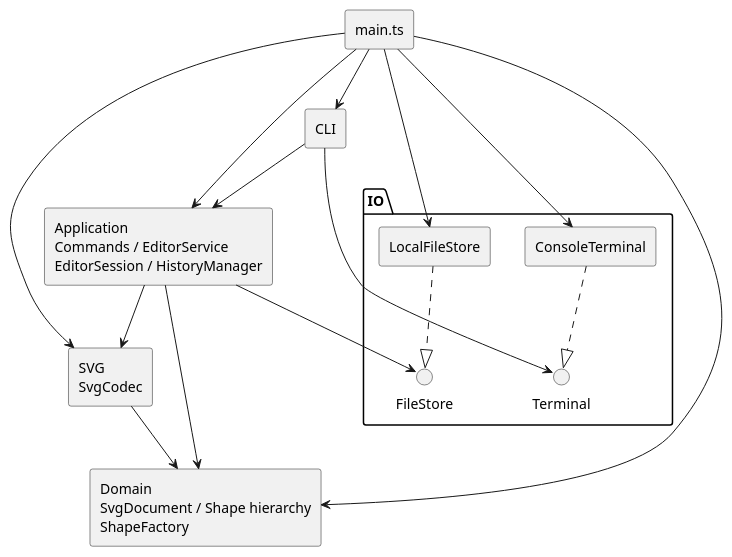
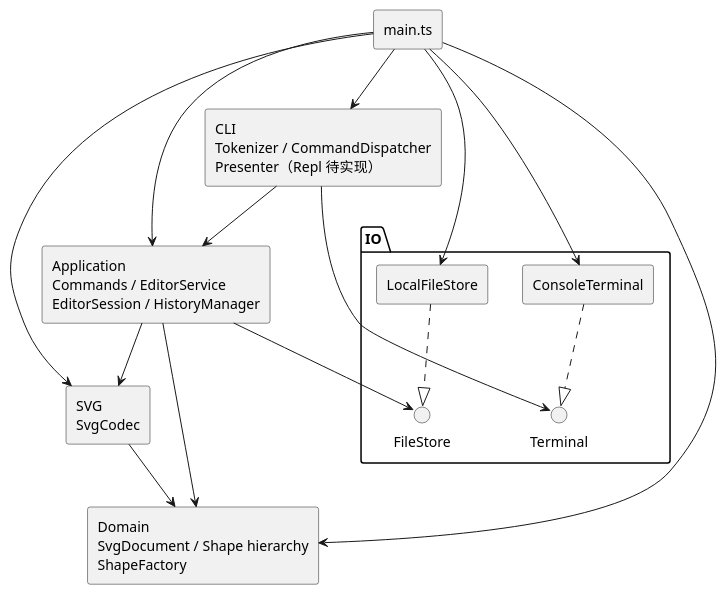
The diagram in doc/README.md (WSYits/svg-editor-lab), drawn with PlantUML before and after one commit. The commit also changed other lines of this file and 12 other files, not shown here.

````diff
--- a/doc/README.md
+++ b/doc/README.md
@@ -31,30 +31,30 @@
 ```plantuml
 @startuml
 skinparam componentStyle rectangle
-component "CLI" as CLI
+component "CLI\nTokenizer / CommandDispatcher\nPresenter（Repl 待实现）" as CLI
 component "Application\nCommands / EditorService\nEditorSession / HistoryManager" as APP
 component "Domain\nSvgDocument / Shape hierarchy\nShapeFactory" as DOMAIN
 component "SVG\nSvgCodec" as SVG
 package "IO" {
   interface FileStore
   interface Terminal
   component LocalFileStore
   component ConsoleTerminal
   LocalFileStore ..|> FileStore
   ConsoleTerminal ..|> Terminal
 }
 component "main.ts" as MAIN
 CLI --> APP
 CLI --> Terminal
 APP --> DOMAIN
 APP --> SVG
 APP --> FileStore
 SVG --> DOMAIN
 MAIN --> CLI
 MAIN --> APP
 MAIN --> DOMAIN
 MAIN --> SVG
 MAIN --> LocalFileStore
 MAIN --> ConsoleTerminal
 @enduml
 ```
````
